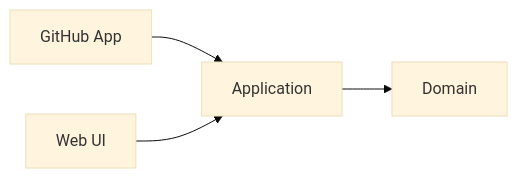
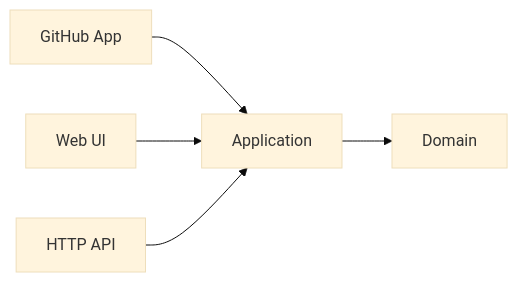
One commit to GiovaniRodrigo/qualityguard changed the sixth of 7 diagrams in docs/architecture/ARCHITECTURE.md. Above: the diagram before and after it, drawn with Mermaid (base theme). The commit also changed other lines of this file and 1 other file, not shown here.

First line of the commit message:
docs(architecture): document as-built layering and dependency graph

````diff
--- a/docs/architecture/ARCHITECTURE.md
+++ b/docs/architecture/ARCHITECTURE.md
@@ -67,6 +142,7 @@
 ```mermaid
 flowchart LR
     GH["GitHub App"] --> App["Application"]
     Web["Web UI"] --> App
+    API["HTTP API"] --> App
     App --> Domain
 ```
````
